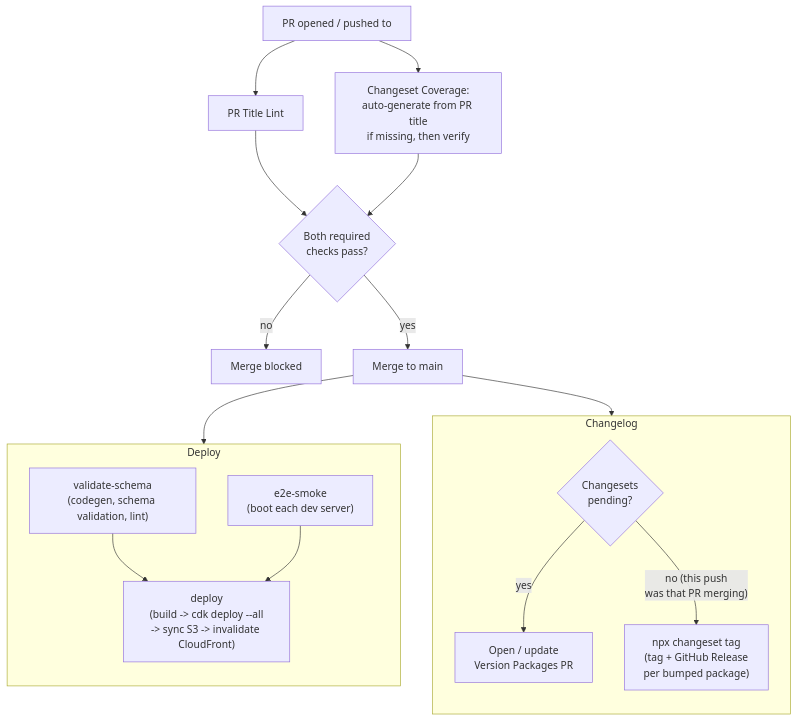
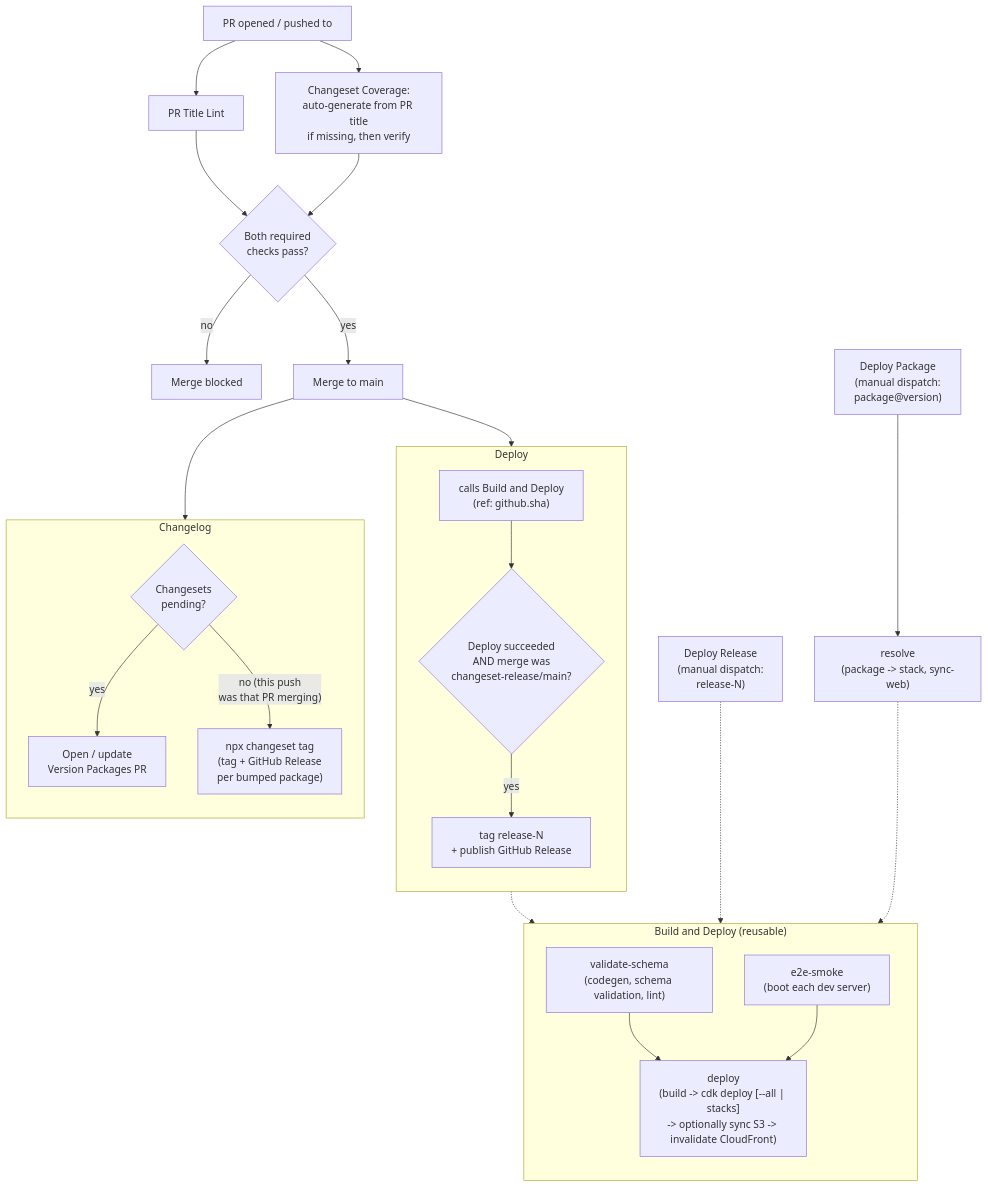
One commit to peter-tr/petertran.au changed the diagram in .github/workflows/README.md. Above: the diagram before and after it, drawn with Mermaid. The commit also changed other lines of this file and 4 other files, not shown here.

First line of the commit message:
feat(ci): add manual rollback deploy workflows

````diff
--- a/.github/workflows/README.md
+++ b/.github/workflows/README.md
@@ -12,32 +15,46 @@
 ```mermaid
 flowchart TD
     open["PR opened / pushed to"]
     open --> title["PR Title Lint"]
     open --> coverage["Changeset Coverage:\nauto-generate from PR title\nif missing, then verify"]
 
     title --> gate{"Both required\nchecks pass?"}
     coverage --> gate
     gate -- no --> blocked["Merge blocked"]
     gate -- yes --> merge["Merge to main"]
 
     merge --> deploy_start["Deploy workflow"]
     merge --> changelog_start["Changelog workflow"]
 
-    subgraph deploy_start["Deploy"]
+    subgraph buildDeploy["Build and Deploy (reusable)"]
         direction TB
         d1["validate-schema\n(codegen, schema validation, lint)"]
         d2["e2e-smoke\n(boot each dev server)"]
-        d3["deploy\n(build -> cdk deploy --all\n-> sync S3 -> invalidate CloudFront)"]
+        d3["deploy\n(build -> cdk deploy [--all | stacks]\n-> optionally sync S3 -> invalidate CloudFront)"]
         d1 --> d3
         d2 --> d3
     end
+
+    subgraph deploy_start["Deploy"]
+        direction TB
+        call1["calls Build and Deploy\n(ref: github.sha)"]
+        relgate{"Deploy succeeded\nAND merge was\nchangeset-release/main?"}
+        reltag["tag release-N\n+ publish GitHub Release"]
+        call1 --> relgate
+        relgate -- yes --> reltag
+    end
+    call1 -.-> buildDeploy
 
     subgraph changelog_start["Changelog"]
         direction TB
         pending{"Changesets\npending?"}
         vpr["Open / update\nVersion Packages PR"]
         tag["npx changeset tag\n(tag + GitHub Release\nper bumped package)"]
         pending -- yes --> vpr
         pending -- "no (this push\nwas that PR merging)" --> tag
     end
+
+    releaseDispatch["Deploy Release\n(manual dispatch:\nrelease-N)"] -.-> buildDeploy
+    packageDispatch["Deploy Package\n(manual dispatch:\npackage@version)"] --> resolve["resolve\n(package -> stack, sync-web)"]
+    resolve -.-> buildDeploy
 ```
````
